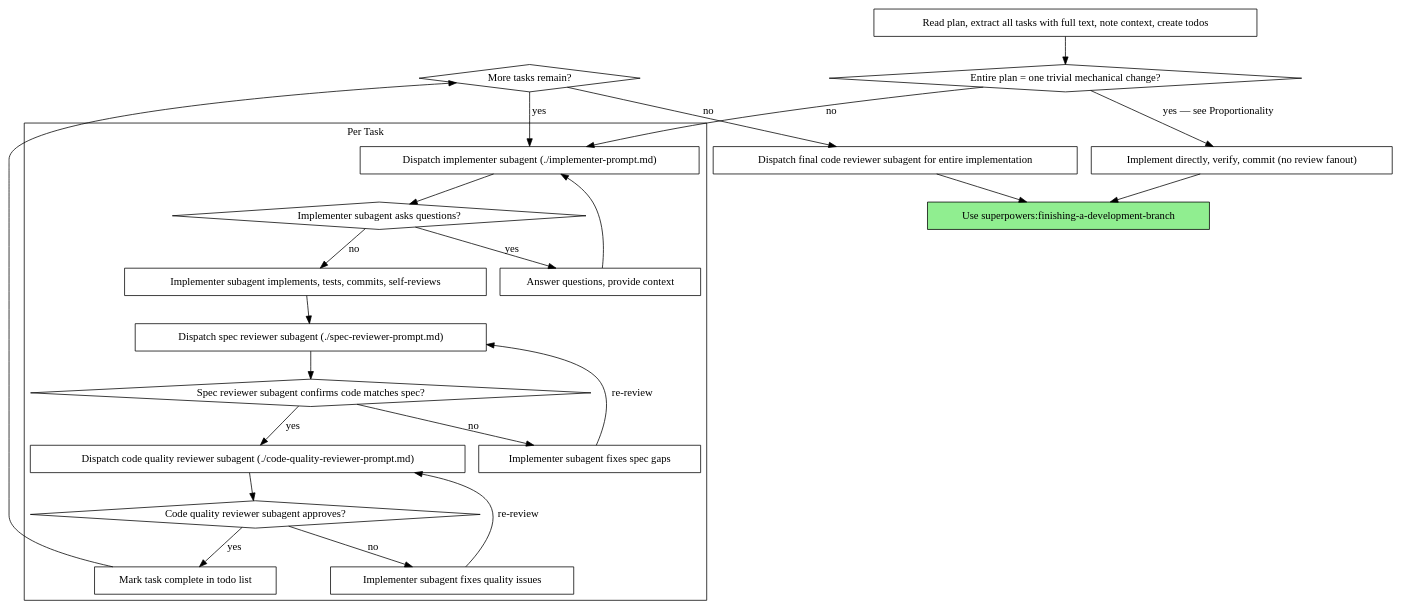
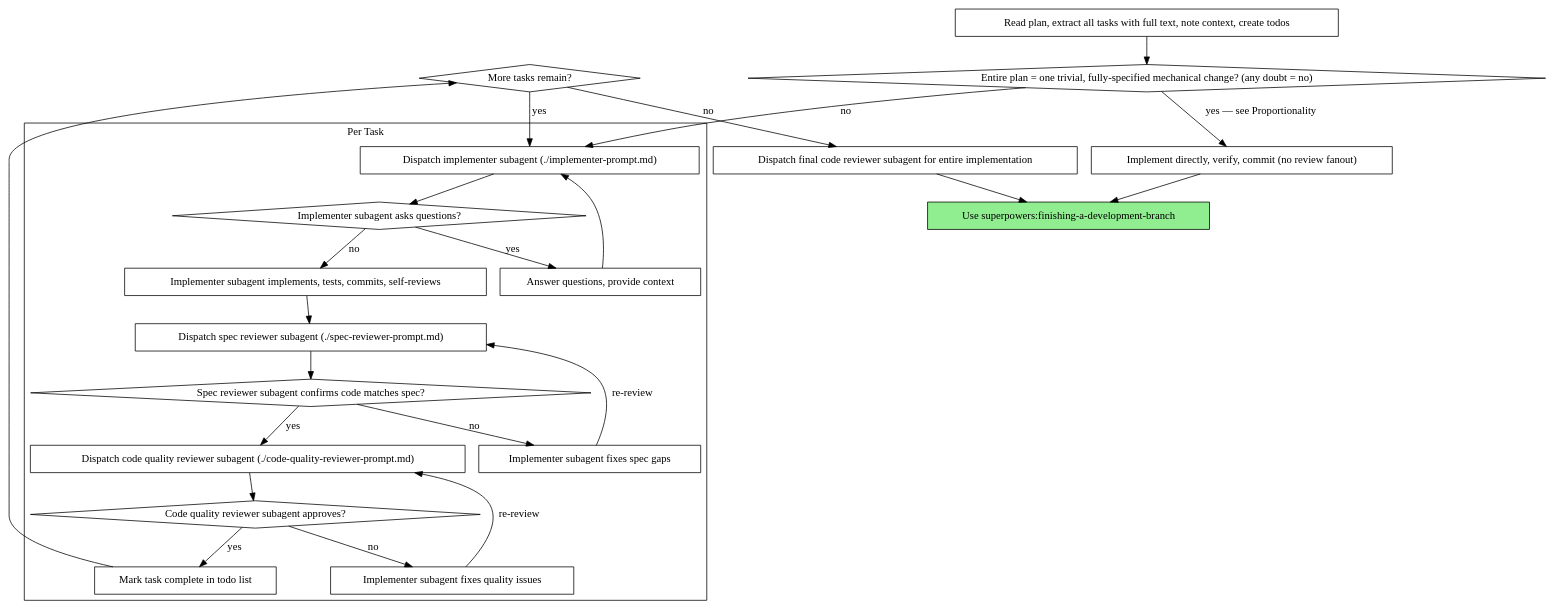
The second of 2 diagrams in skills/subagent-driven-development/SKILL.md (obra/superpowers), drawn with Graphviz before and after one commit. The commit also changed other lines of this file and 2 other files, not shown here.

````diff
--- a/skills/subagent-driven-development/SKILL.md
+++ b/skills/subagent-driven-development/SKILL.md
@@ -46,49 +46,49 @@
 ```dot
 digraph process {
     rankdir=TB;
 
     subgraph cluster_per_task {
         label="Per Task";
         "Dispatch implementer subagent (./implementer-prompt.md)" [shape=box];
         "Implementer subagent asks questions?" [shape=diamond];
         "Answer questions, provide context" [shape=box];
         "Implementer subagent implements, tests, commits, self-reviews" [shape=box];
         "Dispatch spec reviewer subagent (./spec-reviewer-prompt.md)" [shape=box];
         "Spec reviewer subagent confirms code matches spec?" [shape=diamond];
         "Implementer subagent fixes spec gaps" [shape=box];
         "Dispatch code quality reviewer subagent (./code-quality-reviewer-prompt.md)" [shape=box];
         "Code quality reviewer subagent approves?" [shape=diamond];
         "Implementer subagent fixes quality issues" [shape=box];
         "Mark task complete in todo list" [shape=box];
     }
 
     "Read plan, extract all tasks with full text, note context, create todos" [shape=box];
-    "Entire plan = one trivial mechanical change?" [shape=diamond];
+    "Entire plan = one trivial, fully-specified mechanical change? (any doubt = no)" [shape=diamond];
     "Implement directly, verify, commit (no review fanout)" [shape=box];
     "More tasks remain?" [shape=diamond];
     "Dispatch final code reviewer subagent for entire implementation" [shape=box];
     "Use superpowers:finishing-a-development-branch" [shape=box style=filled fillcolor=lightgreen];
 
-    "Read plan, extract all tasks with full text, note context, create todos" -> "Entire plan = one trivial mechanical change?";
-    "Entire plan = one trivial mechanical change?" -> "Implement directly, verify, commit (no review fanout)" [label="yes — see Proportionality"];
+    "Read plan, extract all tasks with full text, note context, create todos" -> "Entire plan = one trivial, fully-specified mechanical change? (any doubt = no)";
+    "Entire plan = one trivial, fully-specified mechanical change? (any doubt = no)" -> "Implement directly, verify, commit (no review fanout)" [label="yes — see Proportionality"];
     "Implement directly, verify, commit (no review fanout)" -> "Use superpowers:finishing-a-development-branch";
-    "Entire plan = one trivial mechanical change?" -> "Dispatch implementer subagent (./implementer-prompt.md)" [label="no"];
+    "Entire plan = one trivial, fully-specified mechanical change? (any doubt = no)" -> "Dispatch implementer subagent (./implementer-prompt.md)" [label="no"];
     "Dispatch implementer subagent (./implementer-prompt.md)" -> "Implementer subagent asks questions?";
     "Implementer subagent asks questions?" -> "Answer questions, provide context" [label="yes"];
     "Answer questions, provide context" -> "Dispatch implementer subagent (./implementer-prompt.md)";
     "Implementer subagent asks questions?" -> "Implementer subagent implements, tests, commits, self-reviews" [label="no"];
     "Implementer subagent implements, tests, commits, self-reviews" -> "Dispatch spec reviewer subagent (./spec-reviewer-prompt.md)";
     "Dispatch spec reviewer subagent (./spec-reviewer-prompt.md)" -> "Spec reviewer subagent confirms code matches spec?";
     "Spec reviewer subagent confirms code matches spec?" -> "Implementer subagent fixes spec gaps" [label="no"];
     "Implementer subagent fixes spec gaps" -> "Dispatch spec reviewer subagent (./spec-reviewer-prompt.md)" [label="re-review"];
     "Spec reviewer subagent confirms code matches spec?" -> "Dispatch code quality reviewer subagent (./code-quality-reviewer-prompt.md)" [label="yes"];
     "Dispatch code quality reviewer subagent (./code-quality-reviewer-prompt.md)" -> "Code quality reviewer subagent approves?";
     "Code quality reviewer subagent approves?" -> "Implementer subagent fixes quality issues" [label="no"];
     "Implementer subagent fixes quality issues" -> "Dispatch code quality reviewer subagent (./code-quality-reviewer-prompt.md)" [label="re-review"];
     "Code quality reviewer subagent approves?" -> "Mark task complete in todo list" [label="yes"];
     "Mark task complete in todo list" -> "More tasks remain?";
     "More tasks remain?" -> "Dispatch implementer subagent (./implementer-prompt.md)" [label="yes"];
     "More tasks remain?" -> "Dispatch final code reviewer subagent for entire implementation" [label="no"];
     "Dispatch final code reviewer subagent for entire implementation" -> "Use superpowers:finishing-a-development-branch";
 }
 ```
````
